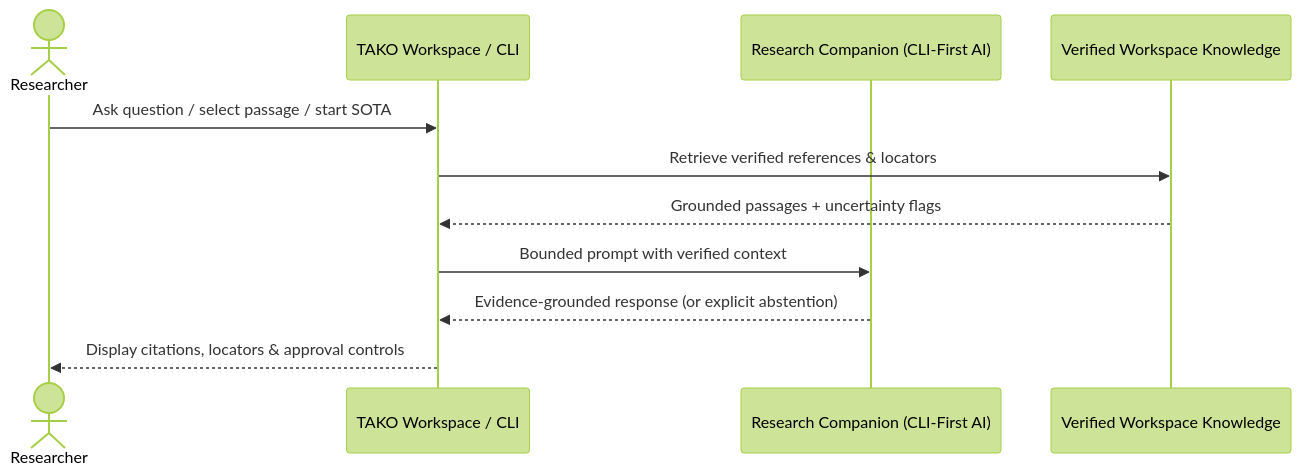
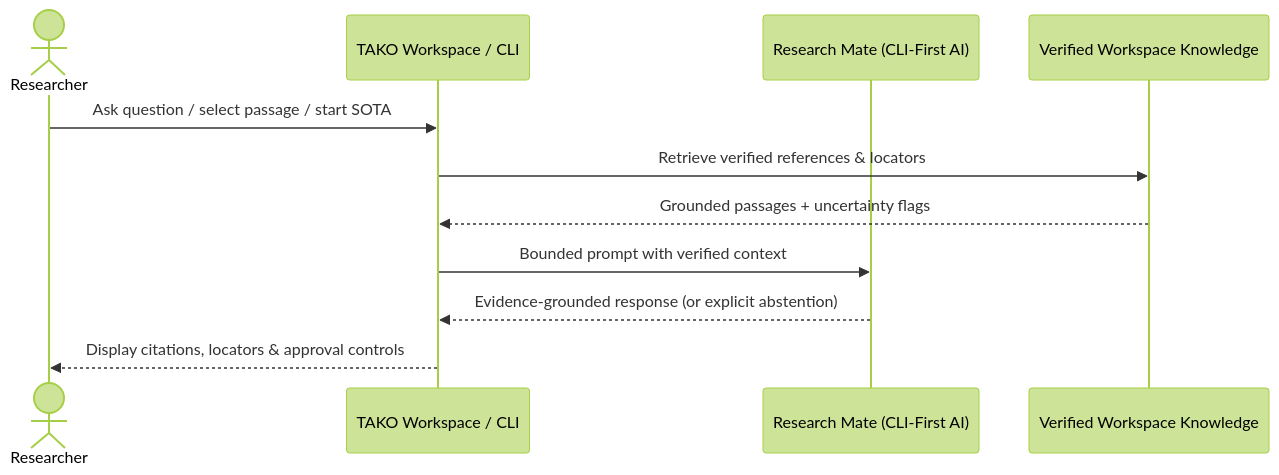
One commit to mmontielpz/tako changed the second of 3 diagrams in docs/architecture/ARDE_ARCHITECTURE.md. Above: the diagram before and after it, drawn with Mermaid (forest theme). The commit also changed other lines of this file and 6 other files, not shown here.

Commit message:
docs(product): adopt official Research Mate naming and M029E ResearchOS dependency (M028E1)

````diff
--- a/docs/architecture/ARDE_ARCHITECTURE.md
+++ b/docs/architecture/ARDE_ARCHITECTURE.md
@@ -30,14 +30,14 @@
 ```mermaid
 sequenceDiagram
   actor R as Researcher
   participant UI as TAKO Workspace / CLI
-  participant C as Research Companion (CLI-First AI)
+  participant C as Research Mate (CLI-First AI)
   participant K as Verified Workspace Knowledge
 
   R->>UI: Ask question / select passage / start SOTA
   UI->>K: Retrieve verified references & locators
   K-->>UI: Grounded passages + uncertainty flags
   UI->>C: Bounded prompt with verified context
   C-->>UI: Evidence-grounded response (or explicit abstention)
   UI-->>R: Display citations, locators & approval controls
 ```
````
